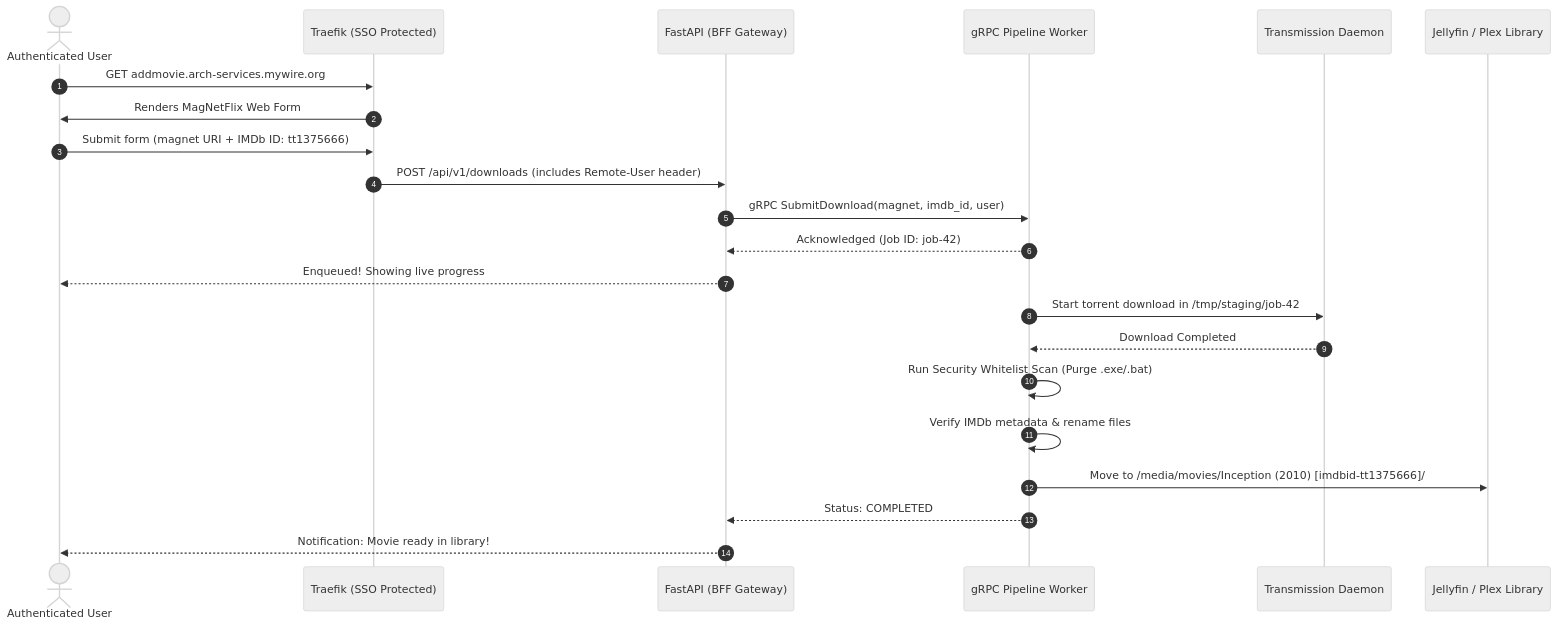
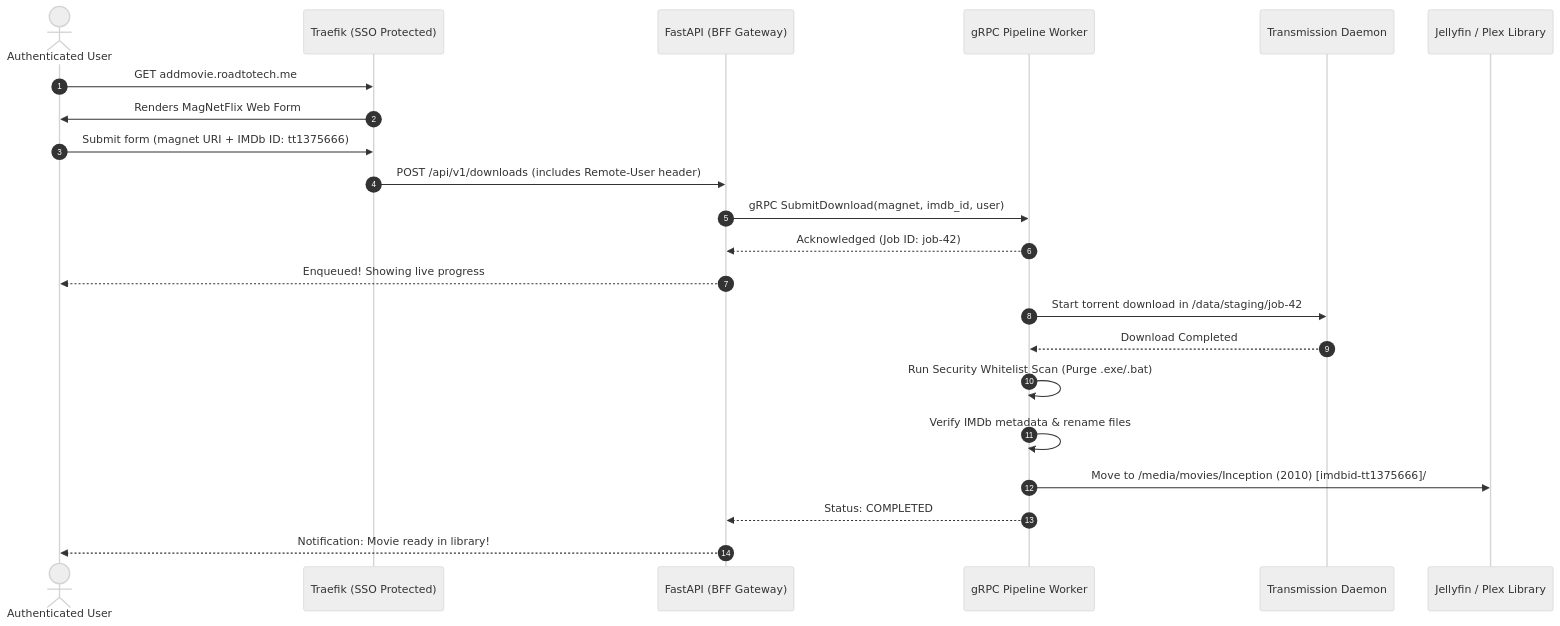
One commit to kiskaadee/MagNetFlix changed the diagram in docs/overview.md. Above: the diagram before and after it, drawn with Mermaid (neutral theme). The commit also changed 2 other files, not shown here.

Commit message:
docs(arch): reconcile deployment domain, staging volumes, and relocation invariants
- Update edge routing domain to roadtotech.me in overview and deployment specs
- Align Transmission container staging mount to /data/staging
- Document two-stage atomic relocation using /media/movies/.staging_<job_id>/ to prevent Jellyfin indexing races
- Formalize 15-minute stalled download timeout and Transmission session cleanup
- Add TMDB_API_KEY environment variable to deployment spec

````diff
--- a/docs/overview.md
+++ b/docs/overview.md
@@ -24,25 +24,25 @@
 ```mermaid
 sequenceDiagram
     autonumber
     actor User as Authenticated User
     participant Traefik as Traefik (SSO Protected)
     participant BFF as FastAPI (BFF Gateway)
     participant Worker as gRPC Pipeline Worker
     participant Engine as Transmission Daemon
     participant Media as Jellyfin / Plex Library
 
-    User->>Traefik: GET addmovie.arch-services.mywire.org
+    User->>Traefik: GET addmovie.roadtotech.me
     Traefik->>User: Renders MagNetFlix Web Form
     User->>Traefik: Submit form (magnet URI + IMDb ID: tt1375666)
     Traefik->>BFF: POST /api/v1/downloads (includes Remote-User header)
     BFF->>Worker: gRPC SubmitDownload(magnet, imdb_id, user)
     Worker-->>BFF: Acknowledged (Job ID: job-42)
     BFF-->>User: Enqueued! Showing live progress
-    Worker->>Engine: Start torrent download in /tmp/staging/job-42
+    Worker->>Engine: Start torrent download in /data/staging/job-42
     Engine-->>Worker: Download Completed
     Worker->>Worker: Run Security Whitelist Scan (Purge .exe/.bat)
     Worker->>Worker: Verify IMDb metadata & rename files
     Worker->>Media: Move to /media/movies/Inception (2010) [imdbid-tt1375666]/
     Worker-->>BFF: Status: COMPLETED
     BFF-->>User: Notification: Movie ready in library!
 ```
````
